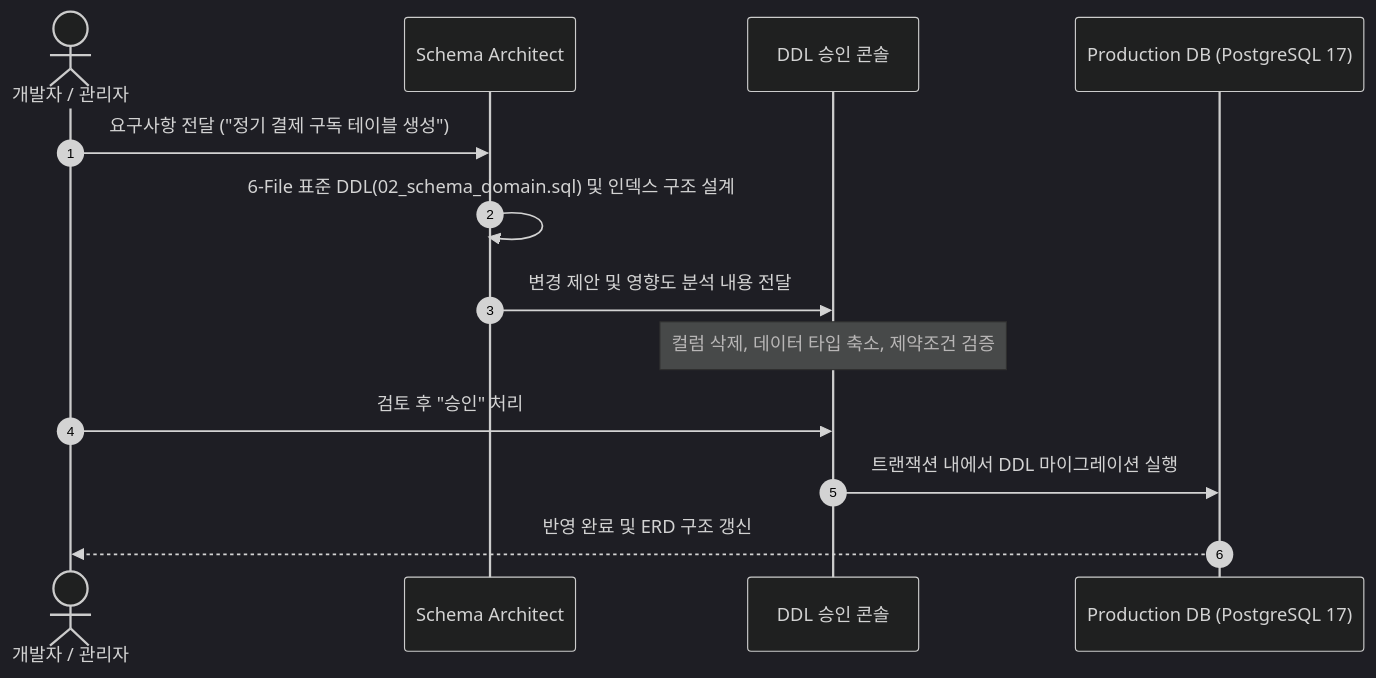
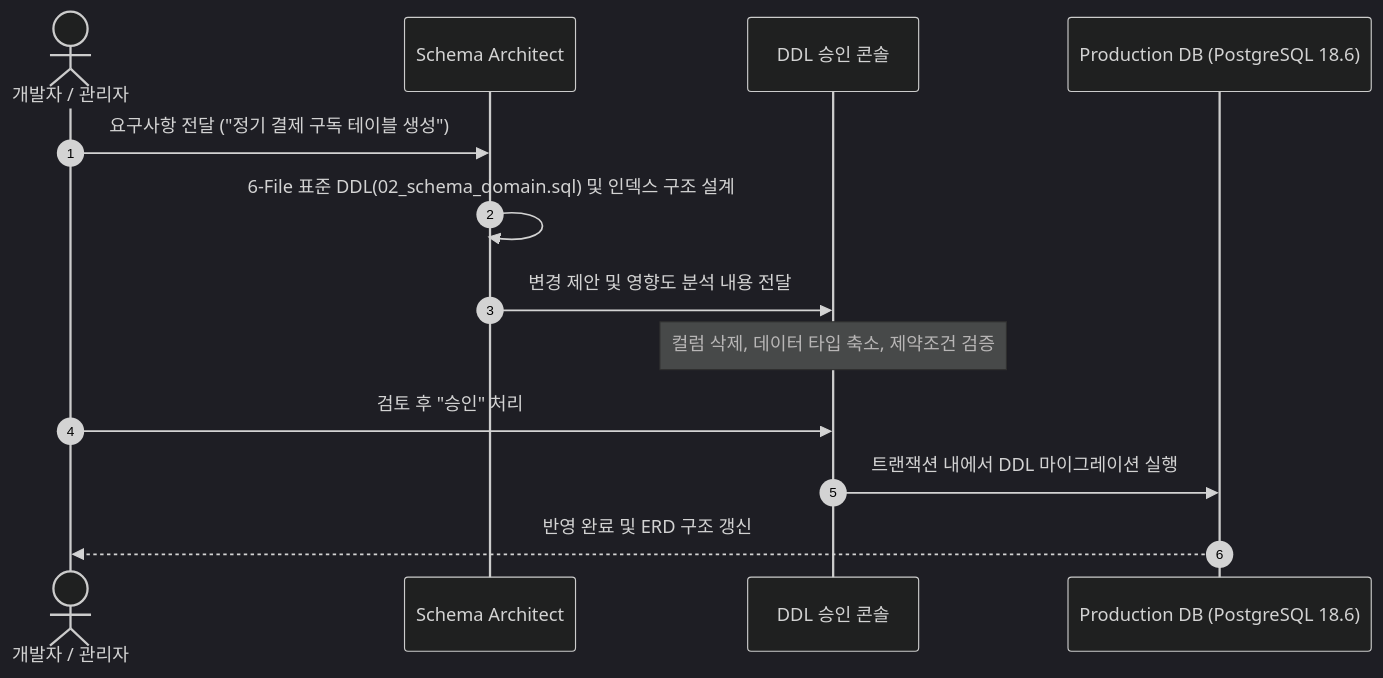
One commit to DramaticCollaboration/doc.github.io changed the diagram in ko/syncboot/schema-studio.md. Above: the diagram before and after it, drawn with Mermaid (dark theme). The commit also changed other lines of this file and 437 other files, not shown here.

````diff
--- a/ko/syncboot/schema-studio.md
+++ b/ko/syncboot/schema-studio.md
@@ -43,16 +42,16 @@
 ```mermaid
 sequenceDiagram
     autonumber
     actor Dev as 개발자 / 관리자
     participant AI as Schema Architect
     participant Console as DDL 승인 콘솔
-    participant DB as Production DB (PostgreSQL 17)
+    participant DB as Production DB (PostgreSQL 18.6)
 
     Dev->>AI: 요구사항 전달 ("정기 결제 구독 테이블 생성")
     AI->>AI: 6-File 표준 DDL(02_schema_domain.sql) 및 인덱스 구조 설계
     AI->>Console: 변경 제안 및 영향도 분석 내용 전달
     Note over Console: 컬럼 삭제, 데이터 타입 축소, 제약조건 검증
     Dev->>Console: 검토 후 "승인" 처리
     Console->>DB: 트랜잭션 내에서 DDL 마이그레이션 실행
     DB-->>Dev: 반영 완료 및 ERD 구조 갱신
 ```
````
